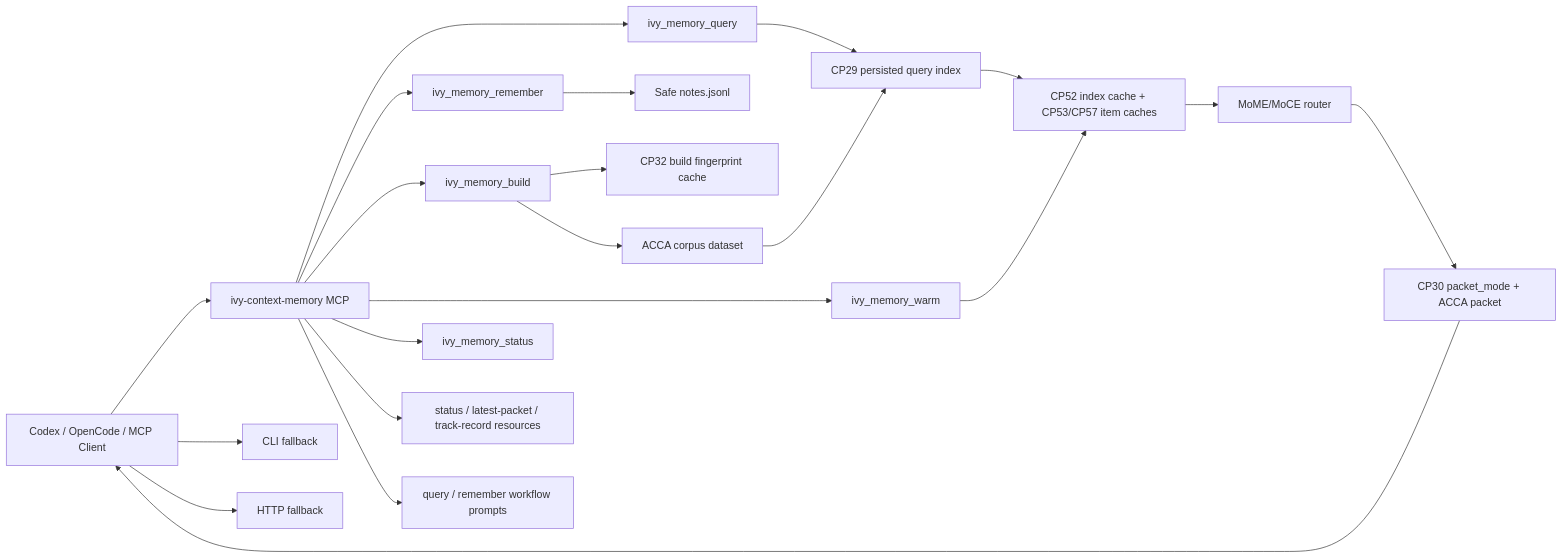
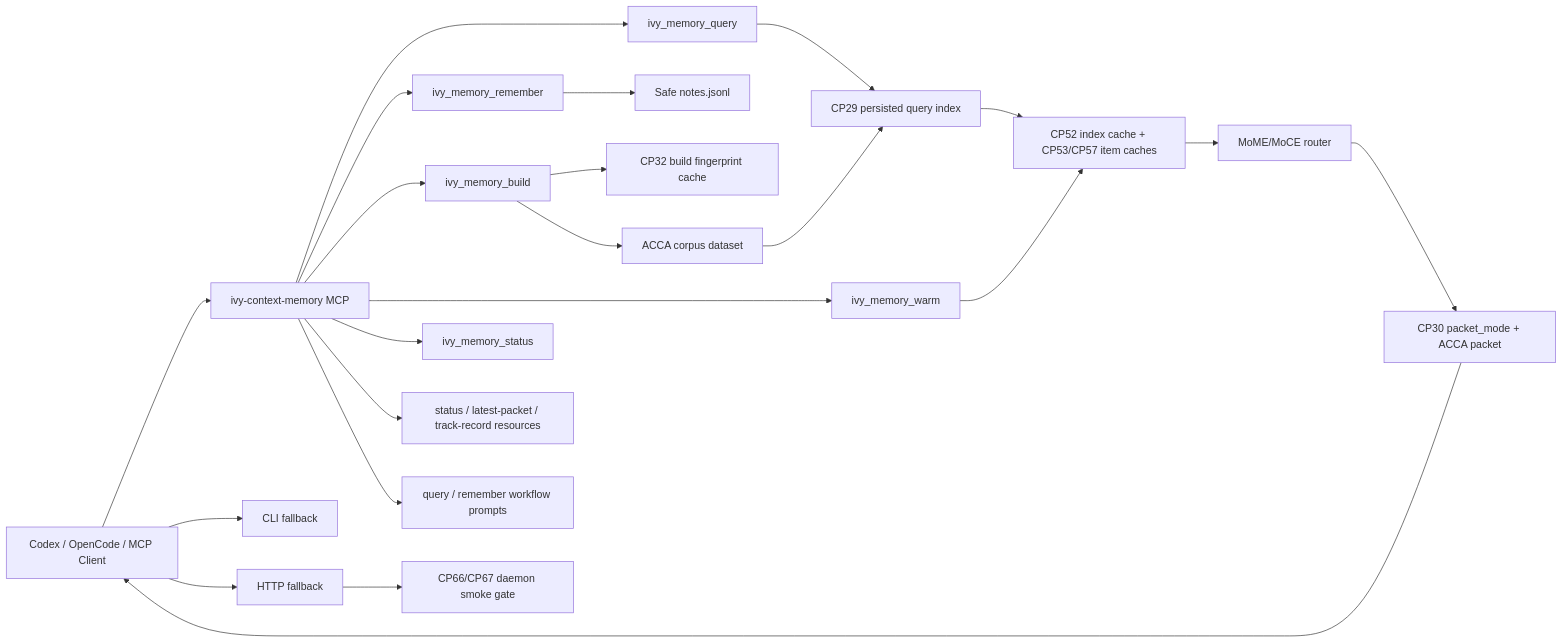
Before and after one commit to arahe-dev/ivy: the diagram in MoME-MoCE-Exp/docs/PLUGIN_SUPERCHARGE_TRACK_RECORD_2026-05-11.md, drawn with Mermaid. The commit also changed other lines of this file and 1 other file, not shown here.

Commit message:
cp69 update daemon gate track records

````diff
--- a/MoME-MoCE-Exp/docs/PLUGIN_SUPERCHARGE_TRACK_RECORD_2026-05-11.md
+++ b/MoME-MoCE-Exp/docs/PLUGIN_SUPERCHARGE_TRACK_RECORD_2026-05-11.md
@@ -179,25 +202,26 @@
 ```mermaid
 flowchart LR
   Agent["Codex / OpenCode / MCP Client"] --> MCP["ivy-context-memory MCP"]
   Agent --> CLI["CLI fallback"]
   Agent --> HTTP["HTTP fallback"]
 
   MCP --> Query["ivy_memory_query"]
   MCP --> Remember["ivy_memory_remember"]
   MCP --> Build["ivy_memory_build"]
   MCP --> Warm["ivy_memory_warm"]
   MCP --> Status["ivy_memory_status"]
   MCP --> Resources["status / latest-packet / track-record resources"]
   MCP --> Prompts["query / remember workflow prompts"]
 
   Remember --> Notes["Safe notes.jsonl"]
   Build --> Cache["CP32 build fingerprint cache"]
   Build --> Corpus["ACCA corpus dataset"]
   Corpus --> Index["CP29 persisted query index"]
   Index --> HotCache["CP52 index cache + CP53/CP57 item caches"]
   Warm --> HotCache
   Query --> Index
   HotCache --> Router["MoME/MoCE router"]
   Router --> Packet["CP30 packet_mode + ACCA packet"]
   Packet --> Agent
+  HTTP --> DaemonGate["CP66/CP67 daemon smoke gate"]
 ```
````
